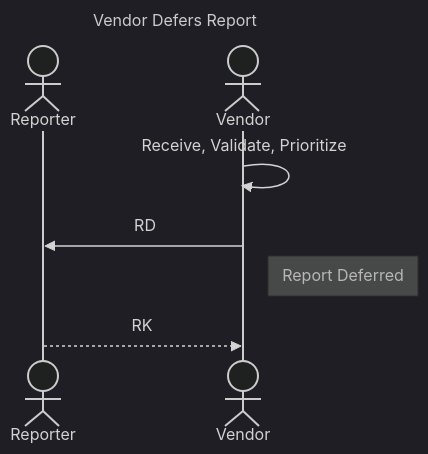
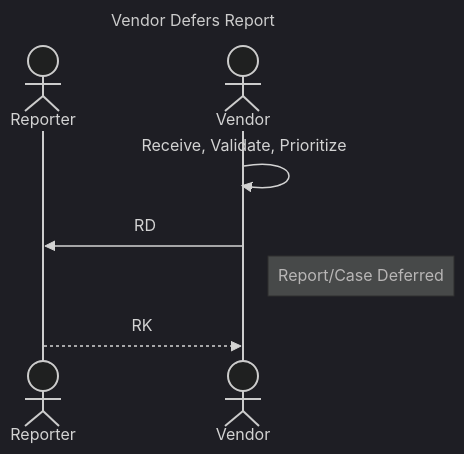
Before and after one commit to CERTCC/Vultron: the eighth of 13 diagrams in docs/tutorials/worked_example.md, drawn with Mermaid (dark theme). The commit also changed other lines of this file and 13 other files, not shown here.

First line of the commit message:
fix: use 'Report/Case Accepted' and 'Report/Case Deferred' consistently for RA and RD

````diff
--- a/docs/tutorials/worked_example.md
+++ b/docs/tutorials/worked_example.md
@@ -206,13 +206,13 @@
 ```mermaid
 ---
 title: Vendor Defers Report
 ---
 sequenceDiagram
     actor Reporter
     actor Vendor
     
     Vendor ->> Vendor: Receive, Validate, Prioritize
     Vendor ->> Reporter: RD
-    note right of Vendor: Report Deferred
+    note right of Vendor: Report/Case Deferred
     Reporter -->> Vendor: RK
 ```
````
